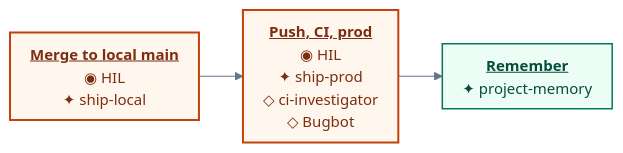
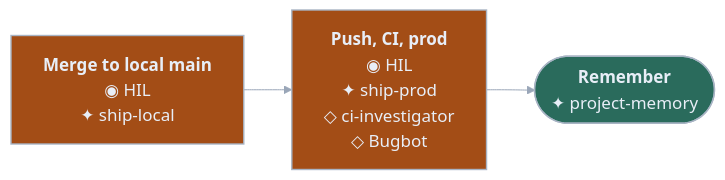
One commit to RaphaelBecker/cursor-harness changed the third of 14 diagrams in README.md. Above: the diagram before and after it, drawn with Mermaid. The commit also changed other lines of this file and 12 other files, not shown here.

````diff
--- a/README.md
+++ b/README.md
@@ -105,12 +113,12 @@
 ```mermaid
-%%{init: {"theme":"base","themeVariables":{"fontFamily":"ui-sans-serif,system-ui,sans-serif","fontSize":"15px","lineColor":"#64748b"},"flowchart":{"curve":"linear","htmlLabels":true,"nodeSpacing":32,"rankSpacing":44,"padding":10,"useMaxWidth":true}}}%%
+%%{init: {"theme":"base","themeVariables":{"darkMode":true,"fontFamily":"ui-sans-serif, system-ui, -apple-system, Segoe UI, sans-serif","fontSize":"17px","background":"#2B313C","lineColor":"#9AA6B8","textColor":"#9AA6B8","primaryTextColor":"#E8EEF7","edgeLabelBackground":"#2B313C"},"flowchart":{"curve":"basis","htmlLabels":true,"nodeSpacing":35,"rankSpacing":48,"padding":16,"useMaxWidth":true}}}%%
 flowchart LR
-  s1["<b><u>Merge to local main</u></b><br/>◉ HIL<br/>✦ ship-local"]
-  s2["<b><u>Push, CI, prod</u></b><br/>◉ HIL<br/>✦ ship-prod<br/>◇ ci-investigator<br/>◇ Bugbot"]
-  s3["<b><u>Remember</u></b><br/>✦ project-memory"]
+  s1["<b>Merge to local main</b><br/>◉ HIL<br/>✦ ship-local"]
+  s2["<b>Push, CI, prod</b><br/>◉ HIL<br/>✦ ship-prod<br/>◇ ci-investigator<br/>◇ Bugbot"]
+  s3(["<b>Remember</b><br/>✦ project-memory"])
   s1 --> s2 --> s3
-  classDef hil fill:#fff7ed,stroke:#c2410c,stroke-width:2px,color:#7c2d12
-  classDef done fill:#ecfdf5,stroke:#047857,stroke-width:1.5px,color:#064e3b
+  classDef hil fill:#A34D16,stroke:#A8B4C4,stroke-width:1.4px,color:#E8EEF7
+  classDef done fill:#2A6B5C,stroke:#A8B4C4,stroke-width:1.4px,color:#E8EEF7
   class s1,s2 hil
   class s3 done
 ```
````
